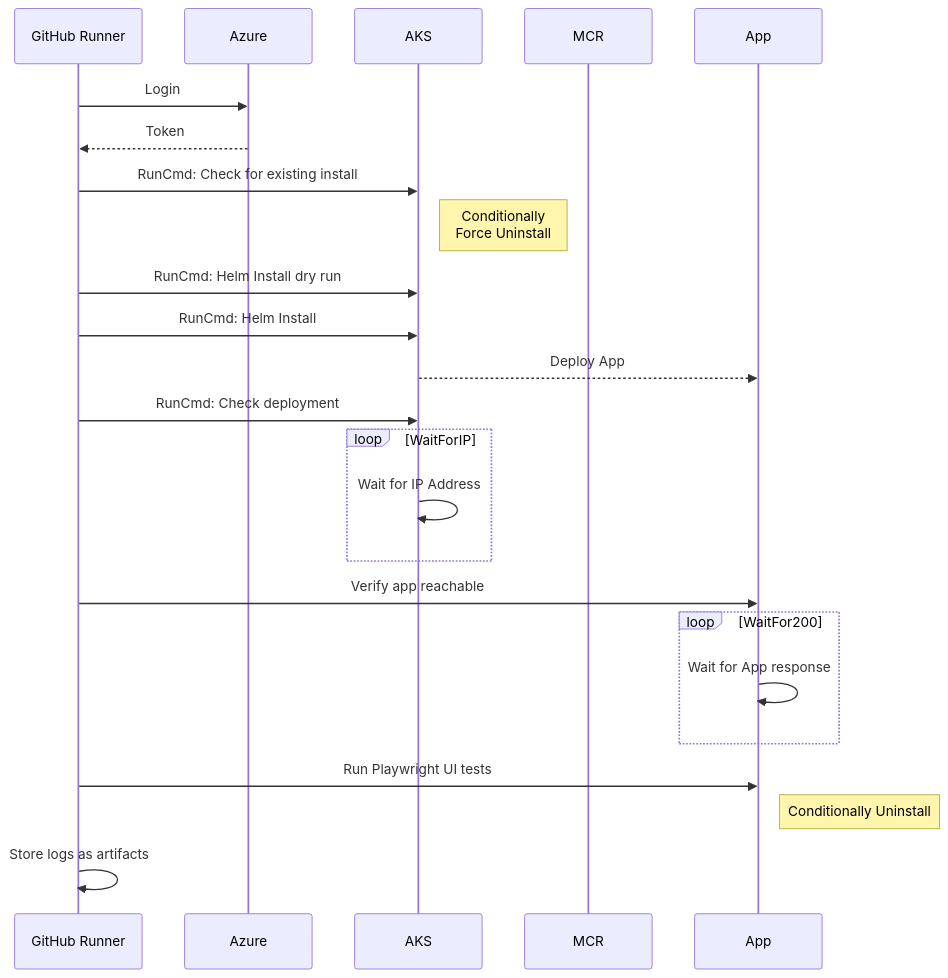
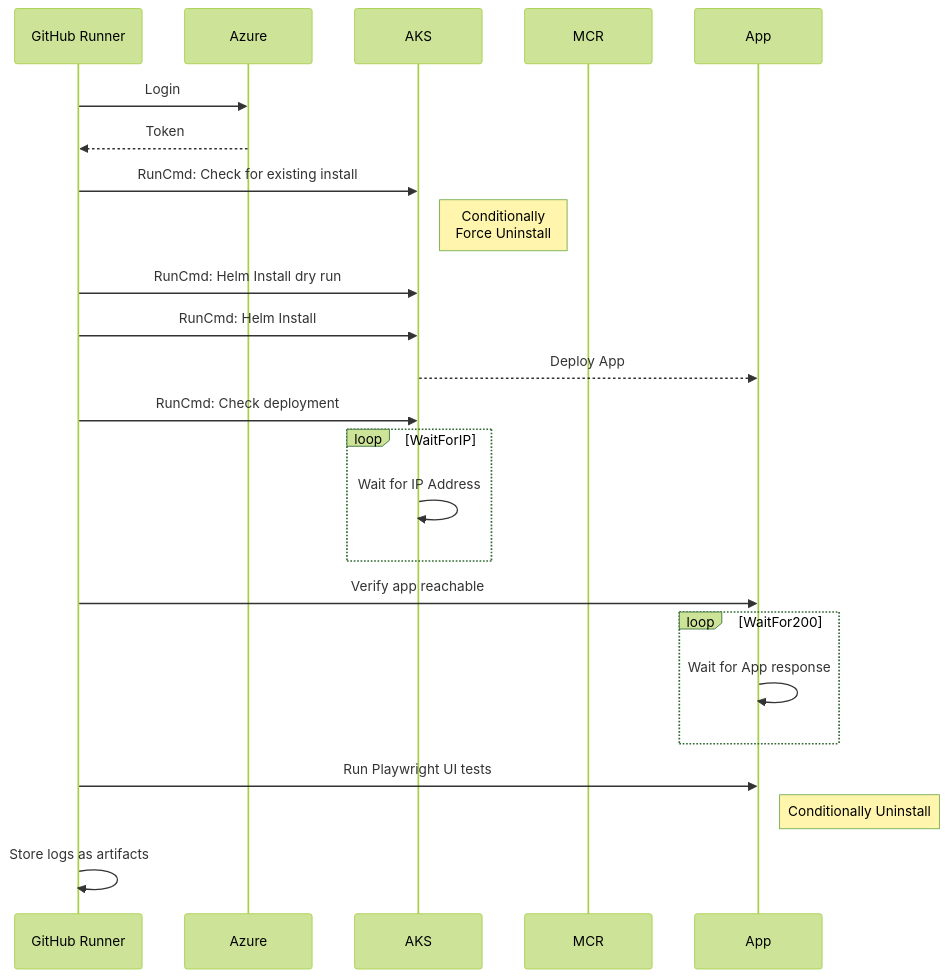
Before and after one commit to Azure/aks-baseline-automation: the diagram in docs/app-azurevote-helmruncmd.md, drawn with Mermaid. The commit also changed other lines of this file and 1 other file, not shown here.

Commit message:
mermaid theme update

````diff
--- a/docs/app-azurevote-helmruncmd.md
+++ b/docs/app-azurevote-helmruncmd.md
@@ -7,26 +7,27 @@
 ```mermaid
+%%{init: {'theme': 'forest', "flowchart" : { "curve" : "basis" } } }%%
 sequenceDiagram
     participant GitHub Runner
     participant Azure
     participant AKS
     participant MCR
     participant App
     GitHub Runner->>Azure: Login
     Azure-->>GitHub Runner: Token
     GitHub Runner->>AKS: RunCmd: Check for existing install
     Note right of AKS: Conditionally<br/>Force Uninstall
     GitHub Runner->>AKS: RunCmd: Helm Install dry run
     GitHub Runner->>AKS: RunCmd: Helm Install
     AKS-->>App: Deploy App
     GitHub Runner->>AKS: RunCmd: Check deployment
     loop WaitForIP
         AKS->>AKS: Wait for IP Address
     end
     GitHub Runner->>App: Verify app reachable
     loop WaitFor200
         App->>App: Wait for App response
     end
     GitHub Runner->>App: Run Playwright UI tests
     Note right of App: Conditionally Uninstall
     GitHub Runner->>GitHub Runner: Store logs as artifacts
 ```
````
